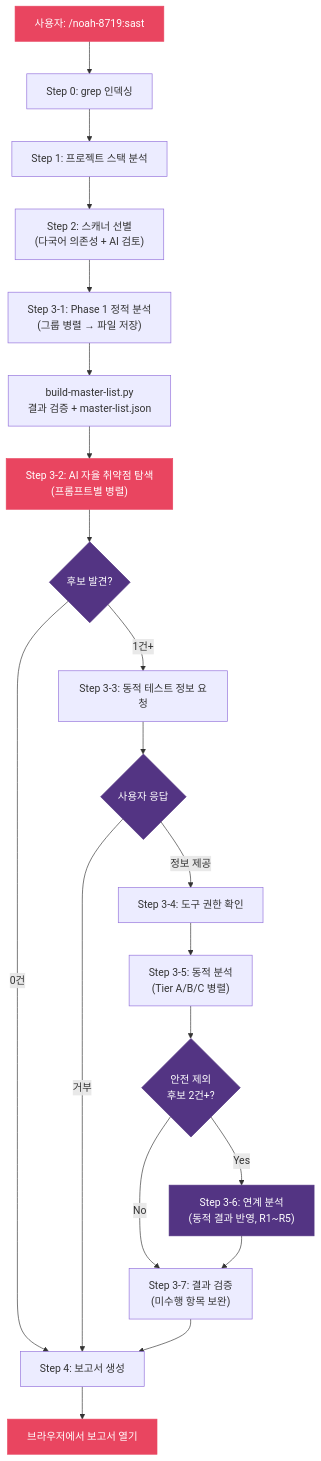
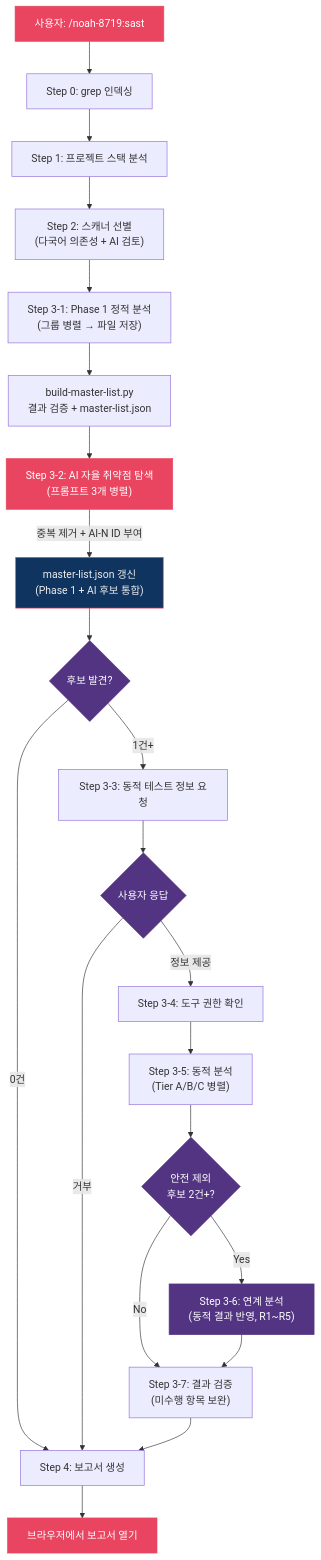
One commit to nomarlhack/noah-sast changed the fifth of 5 diagrams in README.md. Above: the diagram before and after it, drawn with Mermaid. The commit also changed other lines of this file, not shown here.

Commit message:
docs: mermaid 다이어그램에 AI 탐색 → master-list.json 갱신 흐름 반영

````diff
--- a/README.md
+++ b/README.md
@@ -663,30 +665,32 @@
 ```mermaid
 flowchart TD
     User["사용자: /noah-8719:sast"] --> S0["Step 0: grep 인덱싱"]
     S0 --> S1["Step 1: 프로젝트 스택 분석"]
     S1 --> S2["Step 2: 스캐너 선별\n(다국어 의존성 + AI 검토)"]
     S2 --> S3["Step 3-1: Phase 1 정적 분석\n(그룹 병렬 → 파일 저장)"]
     S3 --> BML2["build-master-list.py\n결과 검증 + master-list.json"]
-    BML2 --> AI["Step 3-2: AI 자율 취약점 탐색\n(프롬프트별 병렬)"]
-    AI --> Check{후보 발견?}
+    BML2 --> AI["Step 3-2: AI 자율 취약점 탐색\n(프롬프트 3개 병렬)"]
+    AI -->|"중복 제거 + AI-N ID 부여"| MLUpdate2["master-list.json 갱신\n(Phase 1 + AI 후보 통합)"]
+    MLUpdate2 --> Check{후보 발견?}
     Check -->|0건| S4["Step 4: 보고서 생성"]
     Check -->|1건+| Ask["Step 3-3: 동적 테스트 정보 요청"]
     Ask --> UserReply{사용자 응답}
     UserReply -->|정보 제공| Perm["Step 3-4: 도구 권한 확인"]
     UserReply -->|거부| S4
     Perm --> Dynamic["Step 3-5: 동적 분석\n(Tier A/B/C 병렬)"]
     Dynamic --> ChainCheck{"안전 제외\n후보 2건+?"}
     ChainCheck -->|Yes| Chain["Step 3-6: 연계 분석\n(동적 결과 반영, R1~R5)"]
     ChainCheck -->|No| Verify
     Chain --> Verify["Step 3-7: 결과 검증\n(미수행 항목 보완)"]
     Verify --> S4
     S4 --> Open["브라우저에서 보고서 열기"]
 
     style User fill:#e94560,stroke:#e94560,color:#fff
     style AI fill:#e94560,stroke:#e94560,color:#fff
+    style MLUpdate2 fill:#0f3460,stroke:#e94560,color:#eee
     style Chain fill:#533483,stroke:#533483,color:#fff
     style Open fill:#e94560,stroke:#e94560,color:#fff
     style Check fill:#533483,stroke:#533483,color:#fff
     style ChainCheck fill:#533483,stroke:#533483,color:#fff
     style UserReply fill:#533483,stroke:#533483,color:#fff
 ```
````
